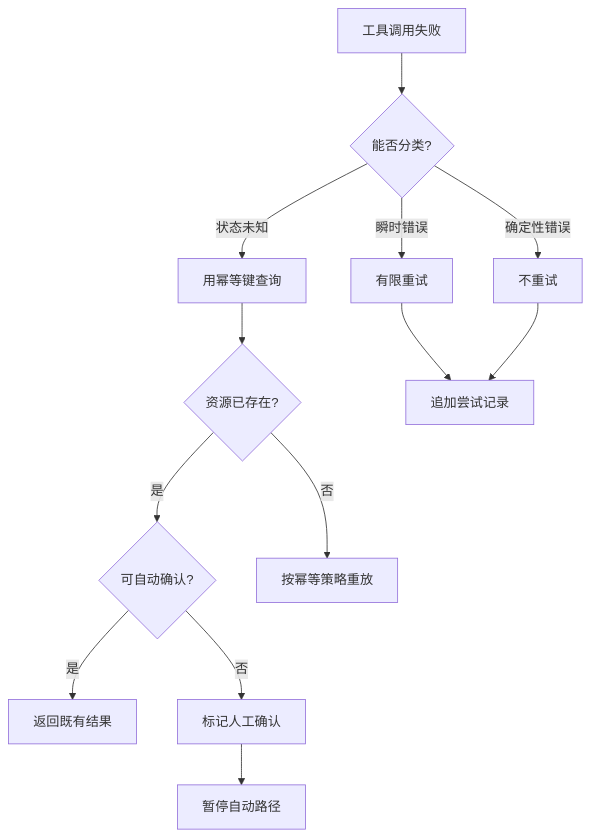
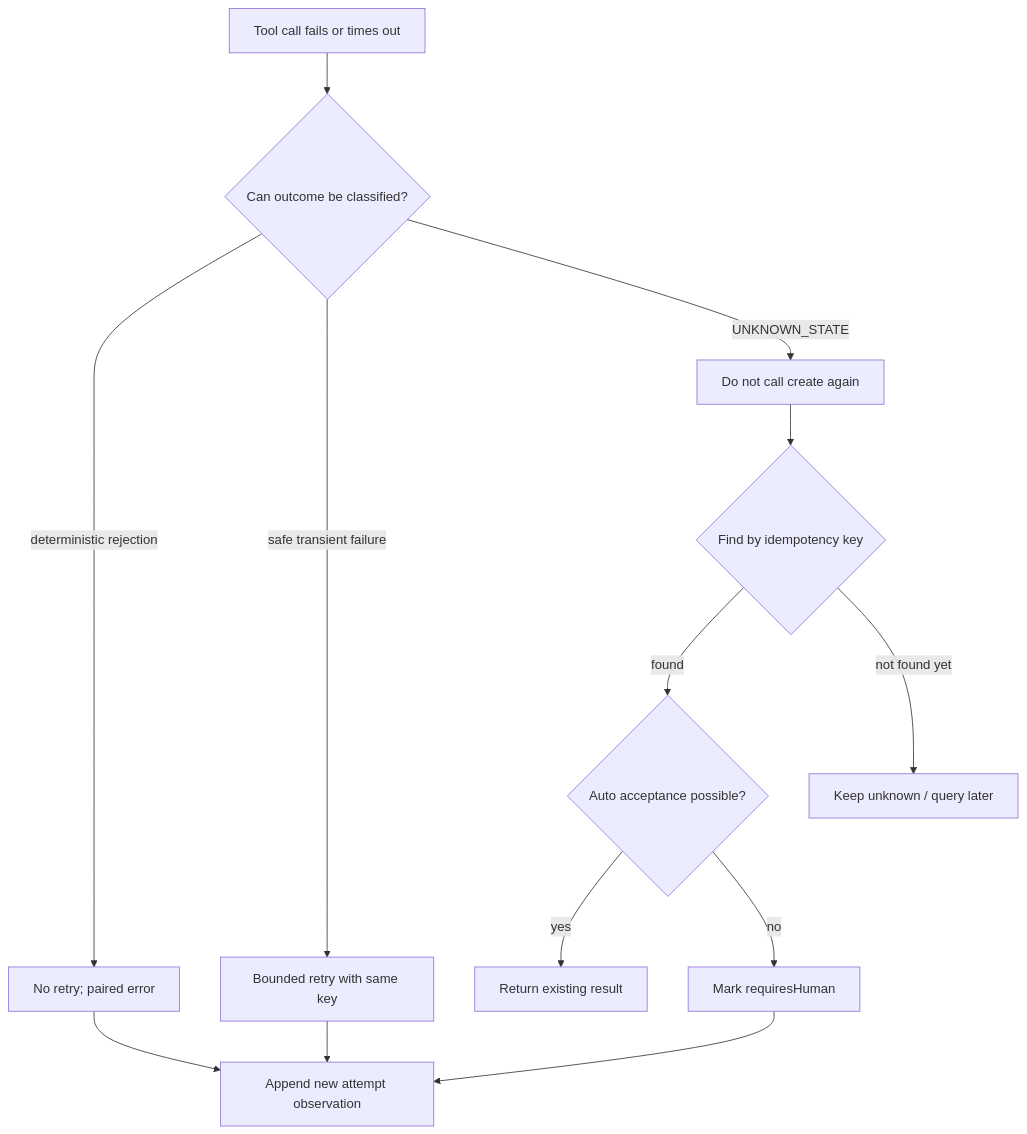
The second of 2 diagrams in tutorial/zh-CN/05-labs/retry-side-effects.md (xiaoslin9153/awesome-agent-harness-tutorial), drawn with Mermaid before and after one commit. The commit also changed other lines of this file and 4 other files, not shown here.

````diff
--- a/tutorial/zh-CN/05-labs/retry-side-effects.md
+++ b/tutorial/zh-CN/05-labs/retry-side-effects.md
@@ -66,15 +128,15 @@
 ```mermaid
 flowchart TD
-  A[工具调用失败] --> B{能否分类?}
-  B -- 确定性错误 --> C[不重试]
-  B -- 瞬时错误 --> D[有限重试]
-  B -- 状态未知 --> E[用幂等键查询]
-  E --> F{资源已存在?}
-  F -- 是 --> G{可自动确认?}
-  G -- 是 --> H[返回既有结果]
-  G -- 否 --> I[标记人工确认]
-  F -- 否 --> J[按幂等策略重放]
-  D --> K[追加尝试记录]
+  A[Tool call fails or times out] --> B{Can outcome be classified?}
+  B -- deterministic rejection --> C[No retry; paired error]
+  B -- safe transient failure --> D[Bounded retry with same key]
+  B -- UNKNOWN_STATE --> E[Do not call create again]
+  E --> F{Find by idempotency key}
+  F -- found --> G{Auto acceptance possible?}
+  G -- yes --> H[Return existing result]
+  G -- no --> I[Mark requiresHuman]
+  F -- not found yet --> J[Keep unknown / query later]
+  D --> K[Append new attempt observation]
   C --> K
-  I --> L[暂停自动路径]
+  I --> K
 ```
````
